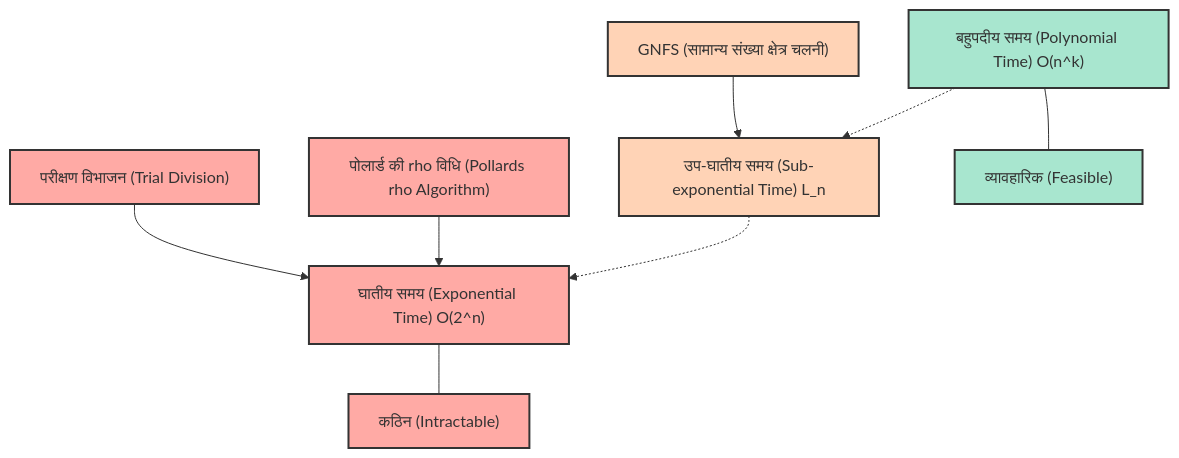
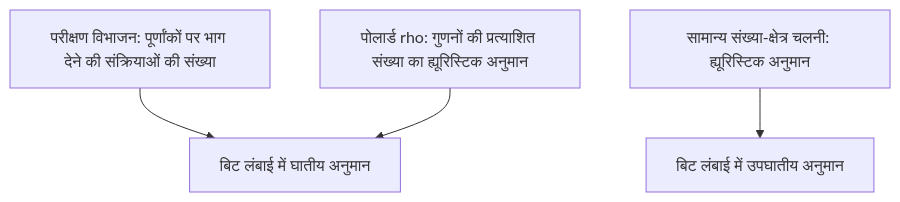
The first of 2 diagrams in content/post/素因数分解と計算量/index.hi.md (kenjinote/blog), drawn with Mermaid before and after one commit. The commit also changed other lines of this file and 4 other files, not shown here.

````diff
--- a/content/post/素因数分解と計算量/index.hi.md
+++ b/content/post/素因数分解と計算量/index.hi.md
@@ -65,27 +53,6 @@
 ```mermaid
 graph TD
-    classDef poly fill:#a8e6cf,stroke:#333,stroke-width:2px;
-    classDef subexp fill:#ffd3b6,stroke:#333,stroke-width:2px;
-    classDef exp fill:#ffaaa5,stroke:#333,stroke-width:2px;
-
-    Poly["बहुपदीय समय (Polynomial Time) O(n^k)"]:::poly
-    SubExp["उप-घातीय समय (Sub-exponential Time) L_n"]:::subexp
-    Exp["घातीय समय (Exponential Time) O(2^n)"]:::exp
-
-    GNFS["GNFS (सामान्य संख्या क्षेत्र चलनी)"]:::subexp
-    Pollard["पोलार्ड की rho विधि (Pollards rho Algorithm)"]:::exp
-    Trial["परीक्षण विभाजन (Trial Division)"]:::exp
-
-    Easy["व्यावहारिक (Feasible)"]:::poly
-    Hard["कठिन (Intractable)"]:::exp
-
-    Poly --- Easy
-    Exp --- Hard
-
-    Trial --> Exp
-    Pollard --> Exp
-    GNFS --> SubExp
-    
-    Poly -.-> SubExp
-    SubExp -.-> Exp
+    Trial["परीक्षण विभाजन: पूर्णांकों पर भाग देने की संक्रियाओं की संख्या"] --> Exp["बिट लंबाई में घातीय अनुमान"]
+    Rho["पोलार्ड rho: गुणनों की प्रत्याशित संख्या का ह्यूरिस्टिक अनुमान"] --> Exp
+    GNFS["सामान्य संख्या-क्षेत्र चलनी: ह्यूरिस्टिक अनुमान"] --> SubExp["बिट लंबाई में उपघातीय अनुमान"]
 ```
````
